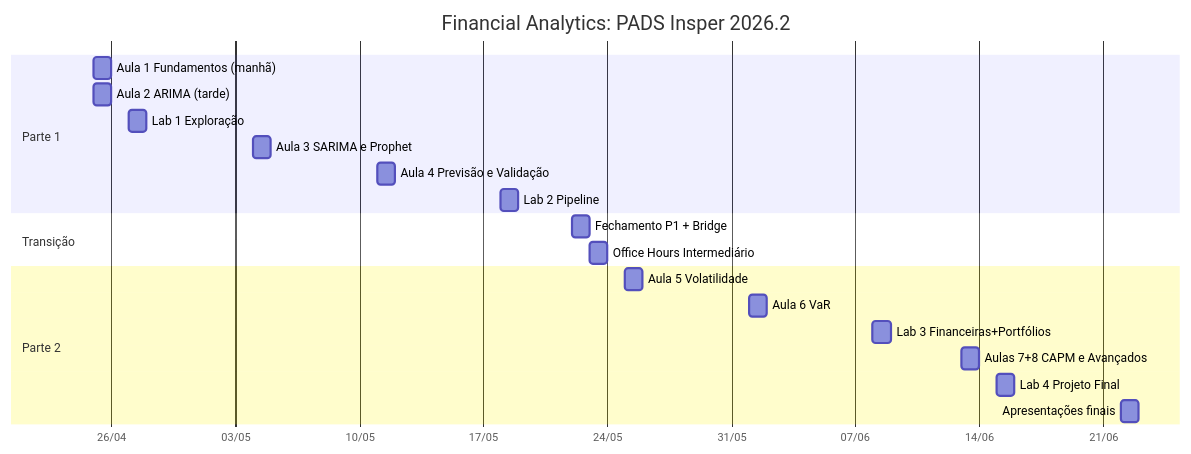
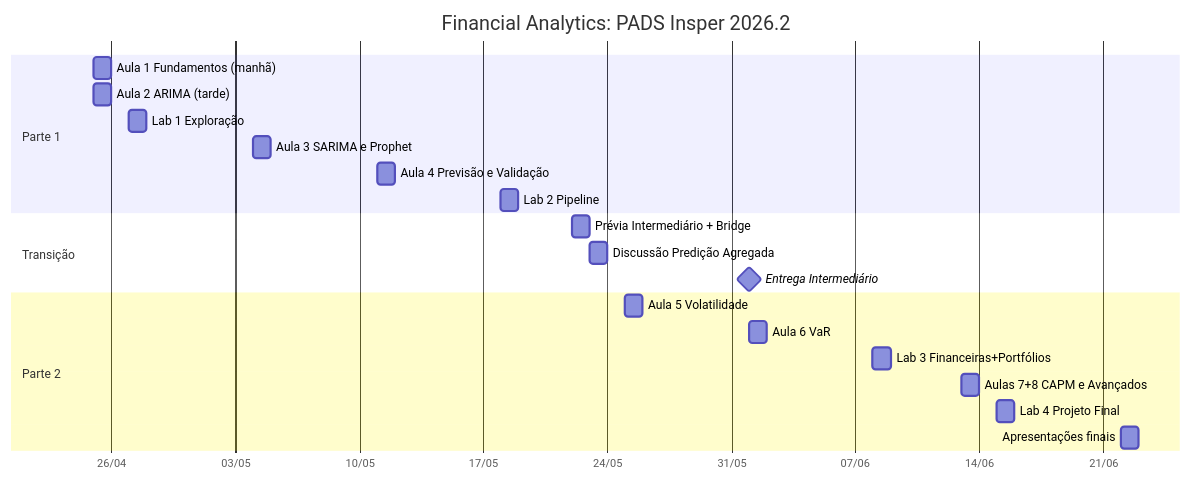
One commit to padsInsper/202632-fa changed the diagram in cronograma.qmd. Above: the diagram before and after it, drawn with Mermaid. The commit also changed other lines of this file and 2 other files, not shown here.

````diff
--- a/cronograma.qmd
+++ b/cronograma.qmd
@@ -8,27 +8,28 @@
 ```{mermaid}
 %%| fig-width: 10
 gantt
     title Financial Analytics: PADS Insper 2026.2
     dateFormat  YYYY-MM-DD
     axisFormat  %d/%m
 
     section Parte 1
     Aula 1 Fundamentos (manhã)   :a1, 2026-04-25, 1d
     Aula 2 ARIMA (tarde)         :a2, 2026-04-25, 1d
     Lab 1 Exploração             :a3, 2026-04-27, 1d
     Aula 3 SARIMA e Prophet      :a4, 2026-05-04, 1d
     Aula 4 Previsão e Validação  :a5, 2026-05-11, 1d
     Lab 2 Pipeline               :a6, 2026-05-18, 1d
 
     section Transição
-    Fechamento P1 + Bridge       :t1, 2026-05-22, 1d
-    Office Hours Intermediário   :t2, 2026-05-23, 1d
+    Prévia Intermediário + Bridge :t1, 2026-05-22, 1d
+    Discussão Predição Agregada  :t2, 2026-05-23, 1d
+    Entrega Intermediário        :milestone, t3, 2026-06-01, 0d
 
     section Parte 2
     Aula 5 Volatilidade          :b1, 2026-05-25, 1d
     Aula 6 VaR                   :b2, 2026-06-01, 1d
     Lab 3 Financeiras+Portfólios :b3, 2026-06-08, 1d
     Aulas 7+8 CAPM e Avançados   :b4, 2026-06-13, 1d
     Lab 4 Projeto Final          :b5, 2026-06-15, 1d
     Apresentações finais         :b6, 2026-06-22, 1d
 ```
````
